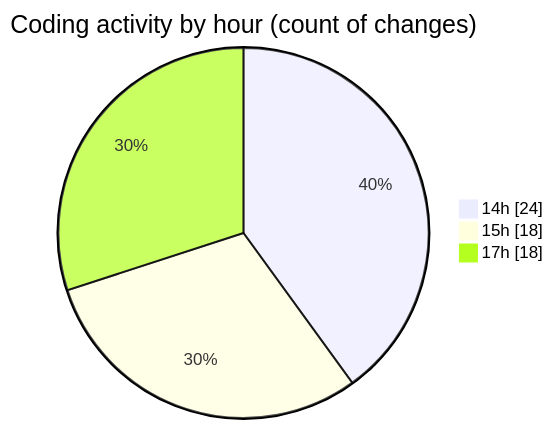
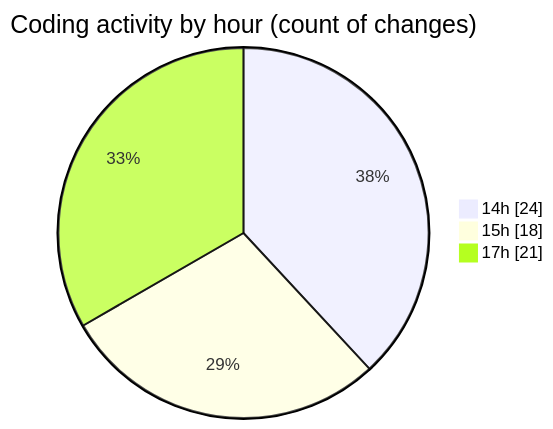
The second of 2 diagrams in 2025-04-22/indesign/README.md (Elitesun/code-tracking), drawn with Mermaid before and after one commit. The commit also changed other lines of this file and 1 other file, not shown here.

````diff
--- a/2025-04-22/indesign/README.md
+++ b/2025-04-22/indesign/README.md
@@ -44,7 +44,7 @@
 ```mermaid
 pie showData
 title Coding activity by hour (count of changes)
 "14h" : 24
 "15h" : 18
-"17h" : 18
+"17h" : 21
 ```
````
